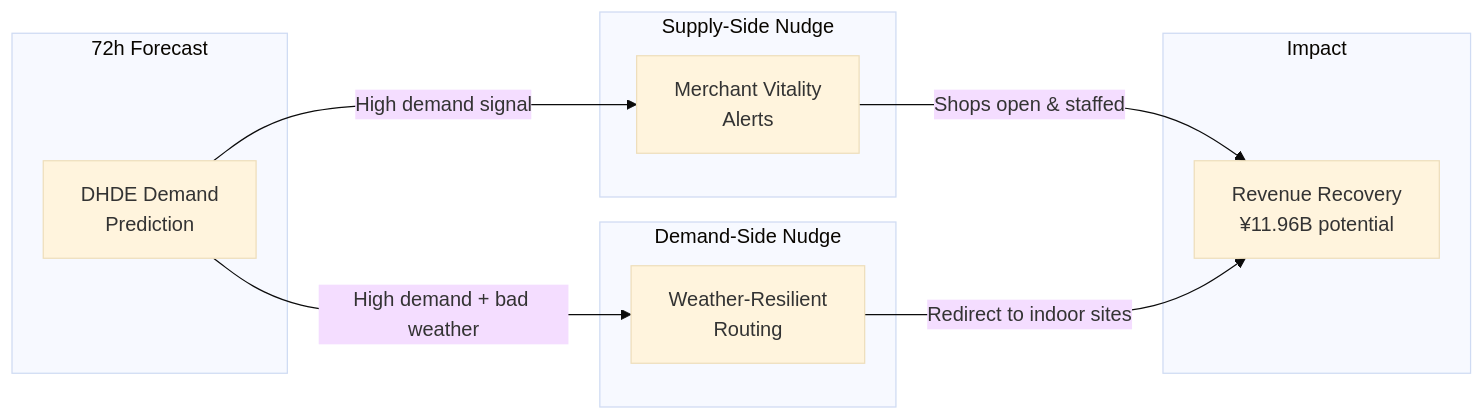
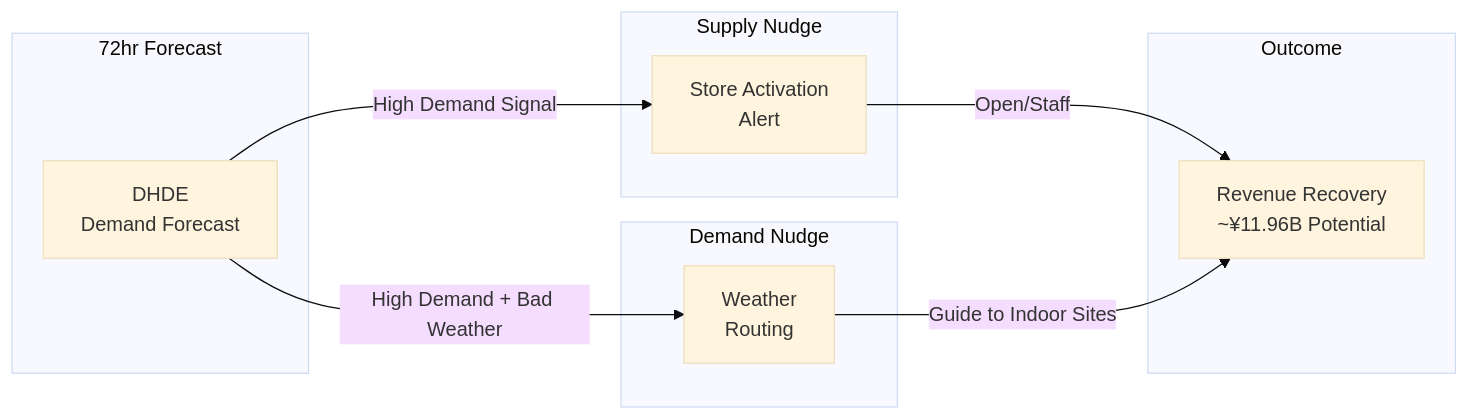
The second of 2 diagrams in output/EXECUTIVE_REPORT.md (dinabelay-hub/hokuriku-tourism-ai-governance), drawn with Mermaid (base theme) before and after one commit. The commit also changed other lines of this file and 16 other files, not shown here.

````diff
--- a/output/EXECUTIVE_REPORT.md
+++ b/output/EXECUTIVE_REPORT.md
@@ -92,19 +82,19 @@
 ```mermaid
 graph LR
-    subgraph Forecast["72h Forecast"]
-        F["DHDE Demand<br/>Prediction"]
+    subgraph Forecast["72hr Forecast"]
+        F["DHDE<br/>Demand Forecast"]
     end
-    subgraph Supply["Supply-Side Nudge"]
-        SN["Merchant Vitality<br/>Alerts"]
+    subgraph Supply["Supply Nudge"]
+        SN["Store Activation<br/>Alert"]
     end
-    subgraph Demand["Demand-Side Nudge"]
-        DN["Weather-Resilient<br/>Routing"]
+    subgraph Demand["Demand Nudge"]
+        DN["Weather<br/>Routing"]
     end
-    subgraph Outcome["Impact"]
-        R["Revenue Recovery<br/>¥11.96B potential"]
+    subgraph Outcome["Outcome"]
+        R["Revenue Recovery<br/>~¥11.96B Potential"]
     end
-    F -->|"High demand signal"| SN
-    F -->|"High demand + bad weather"| DN
-    SN -->|"Shops open & staffed"| R
-    DN -->|"Redirect to indoor sites"| R
+    F -->|"High Demand Signal"| SN
+    F -->|"High Demand + Bad Weather"| DN
+    SN -->|"Open/Staff"| R
+    DN -->|"Guide to Indoor Sites"| R
 ```
````
